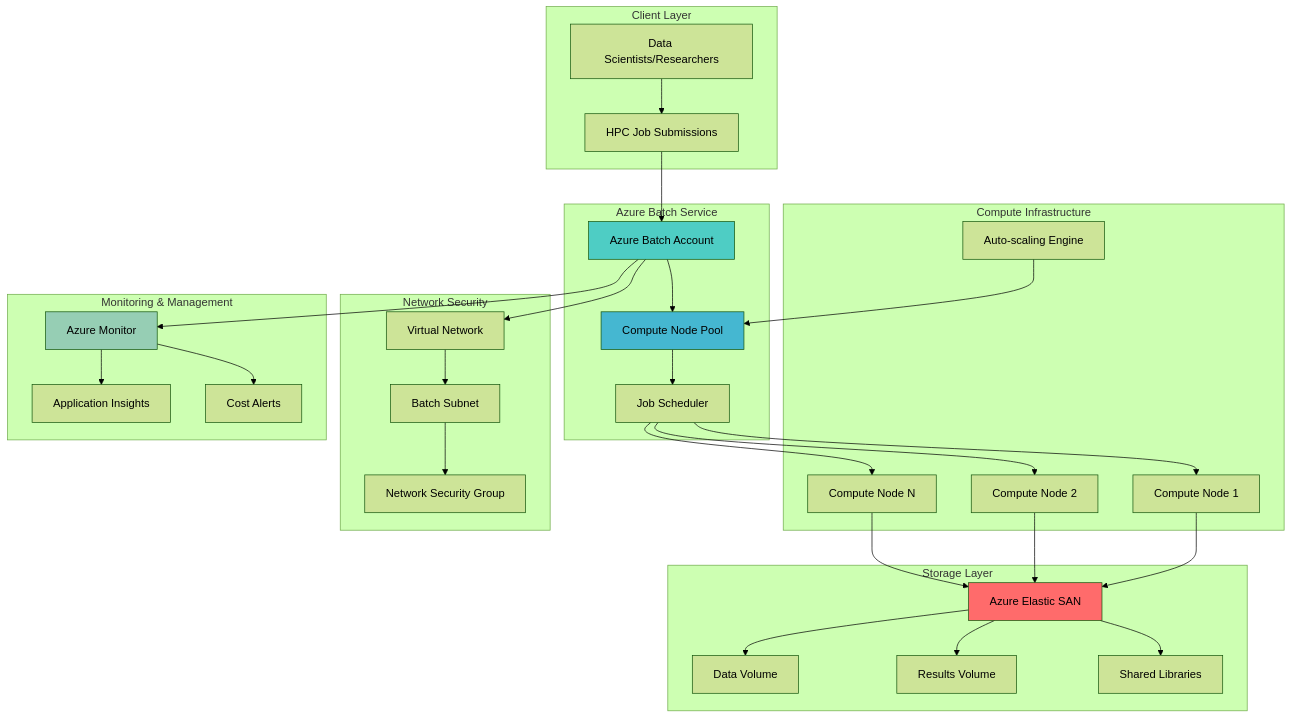
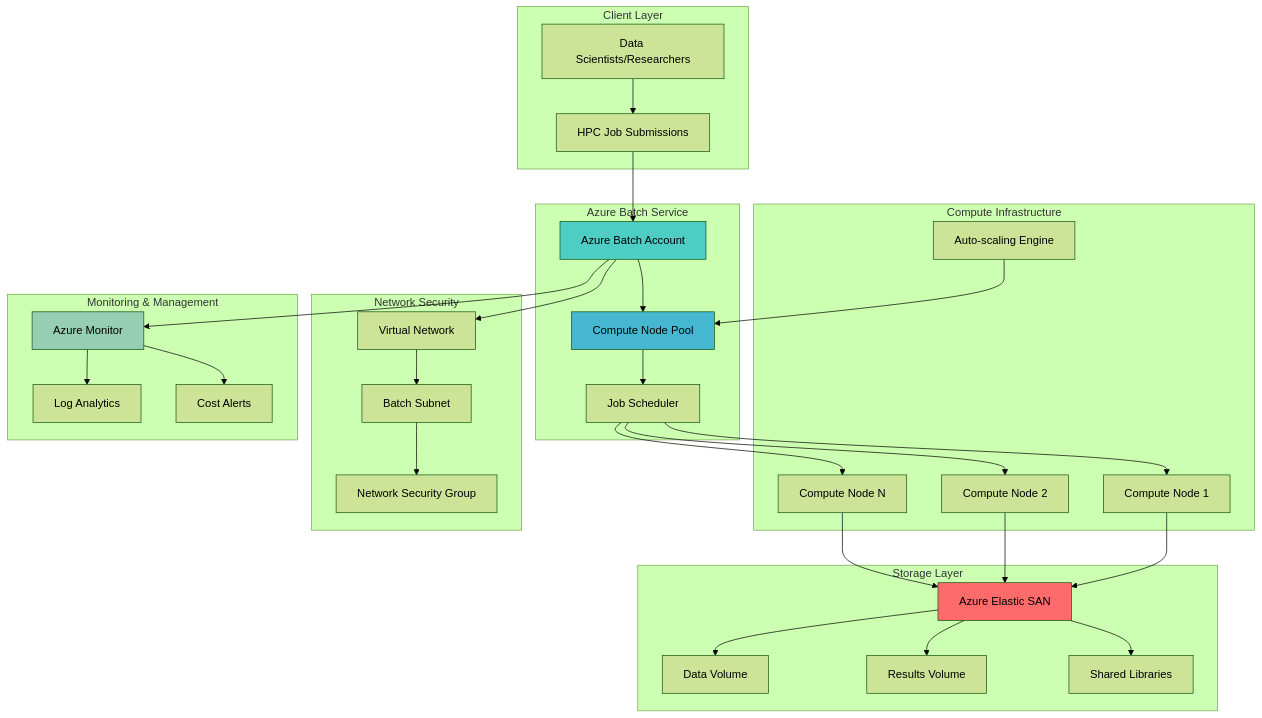
One commit to mzazon/awesome-cloud-projects changed the diagram in azure/scalable-hpc-workload-processing/scalable-hpc-workload-processing.md. Above: the diagram before and after it, drawn with Mermaid (forest theme). The commit also changed other lines of this file and 5581 other files, not shown here.

````diff
--- a/azure/scalable-hpc-workload-processing/scalable-hpc-workload-processing.md
+++ b/azure/scalable-hpc-workload-processing/scalable-hpc-workload-processing.md
@@ -30,69 +30,69 @@
 ```mermaid
 graph TB
     subgraph "Client Layer"
         USER[Data Scientists/Researchers]
         JOBS[HPC Job Submissions]
     end
     
     subgraph "Azure Batch Service"
         BATCH[Azure Batch Account]
         POOL[Compute Node Pool]
         SCHEDULER[Job Scheduler]
     end
     
     subgraph "Compute Infrastructure"
         VM1[Compute Node 1]
         VM2[Compute Node 2]
         VM3[Compute Node N]
         SCALE[Auto-scaling Engine]
     end
     
     subgraph "Storage Layer"
         ESAN[Azure Elastic SAN]
         VOL1[Data Volume]
         VOL2[Results Volume]
         VOL3[Shared Libraries]
     end
     
     subgraph "Network Security"
         VNET[Virtual Network]
         SUBNET[Batch Subnet]
         NSG[Network Security Group]
     end
     
     subgraph "Monitoring & Management"
         MONITOR[Azure Monitor]
-        INSIGHTS[Application Insights]
+        INSIGHTS[Log Analytics]
         ALERTS[Cost Alerts]
     end
     
     USER --> JOBS
     JOBS --> BATCH
     BATCH --> POOL
     POOL --> SCHEDULER
     SCHEDULER --> VM1
     SCHEDULER --> VM2
     SCHEDULER --> VM3
     SCALE --> POOL
     
     VM1 --> ESAN
     VM2 --> ESAN
     VM3 --> ESAN
     
     ESAN --> VOL1
     ESAN --> VOL2
     ESAN --> VOL3
     
     BATCH --> VNET
     VNET --> SUBNET
     SUBNET --> NSG
     
     BATCH --> MONITOR
     MONITOR --> INSIGHTS
     MONITOR --> ALERTS
     
     style ESAN fill:#FF6B6B
     style BATCH fill:#4ECDC4
     style POOL fill:#45B7D1
     style MONITOR fill:#96CEB4
 ```
````
